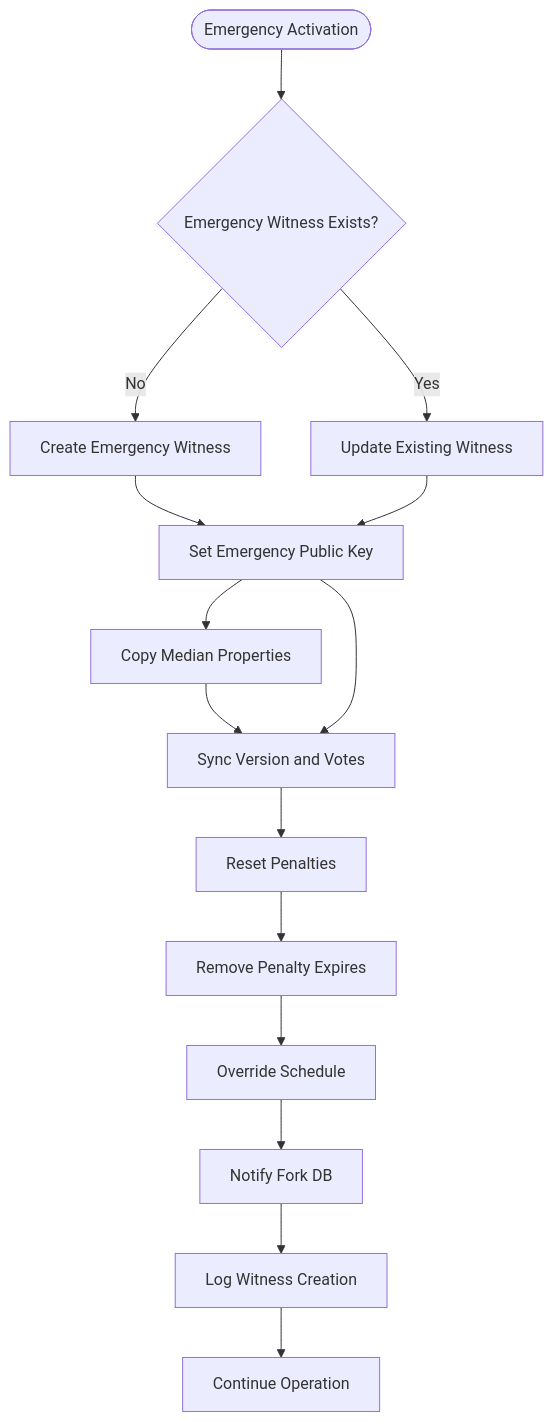
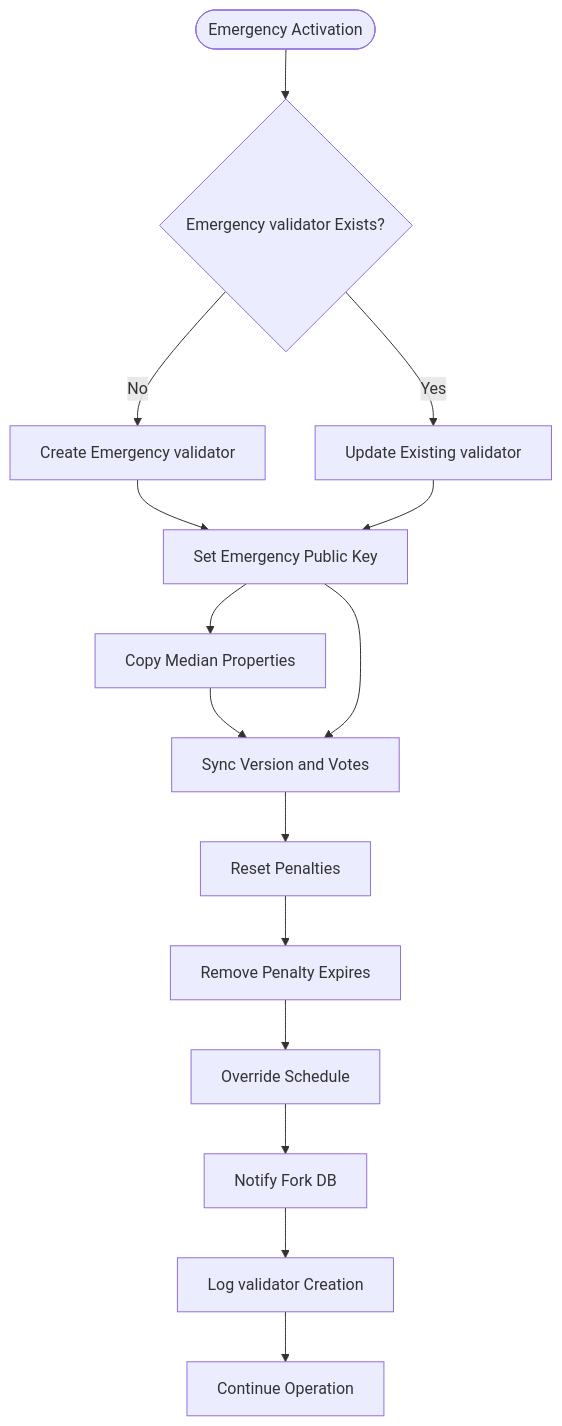
Before and after one commit to VIZ-Blockchain/viz-cpp-node: diagram 25 of 29 in .qoder/repowiki/en/content/Architecture Overview/Core Libraries/Chain Library/Database Management/Database Management.md, drawn with Mermaid. The commit also changed other lines of this file and 88 other files, not shown here.

First line of the commit message:
docs(validator): rename witness to validator throughout documentation

````diff
--- a/.qoder/repowiki/en/content/Architecture Overview/Core Libraries/Chain Library/Database Management/Database Management.md
+++ b/.qoder/repowiki/en/content/Architecture Overview/Core Libraries/Chain Library/Database Management/Database Management.md
@@ -1439,17 +1439,17 @@
 ```mermaid
 flowchart TD
-Start(["Emergency Activation"]) --> CheckWitness{"Emergency Witness Exists?"}
-CheckWitness --> |No| CreateWitness["Create Emergency Witness"]
-CheckWitness --> |Yes| UpdateWitness["Update Existing Witness"]
+Start(["Emergency Activation"]) --> CheckWitness{"Emergency validator Exists?"}
+CheckWitness --> |No| CreateWitness["Create Emergency validator"]
+CheckWitness --> |Yes| UpdateWitness["Update Existing validator"]
 CreateWitness --> SetKey["Set Emergency Public Key"]
 SetKey --> SyncProps["Copy Median Properties"]
 SyncProps --> SyncVersion["Sync Version and Votes"]
 UpdateWitness --> SetKey
 SetKey --> SyncVersion
 SyncVersion --> ResetPenalties["Reset Penalties"]
 ResetPenalties --> RemoveExpire["Remove Penalty Expires"]
 RemoveExpire --> OverrideSchedule["Override Schedule"]
 OverrideSchedule --> NotifyFork["Notify Fork DB"]
-NotifyFork --> LogCreate["Log Witness Creation"]
+NotifyFork --> LogCreate["Log validator Creation"]
 LogCreate --> Continue["Continue Operation"]
 ```
````
